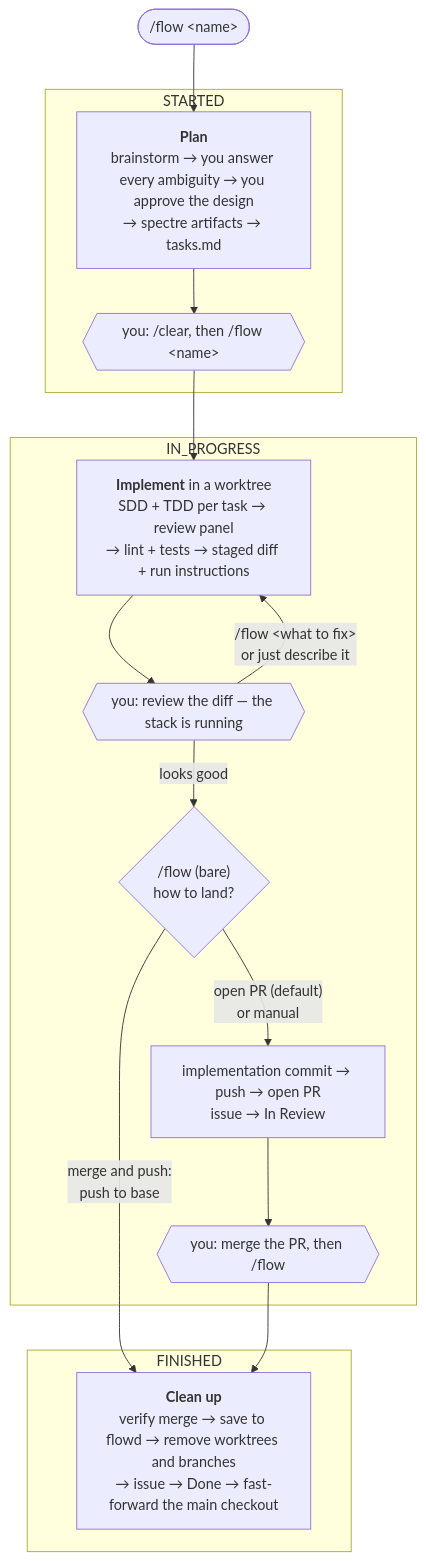
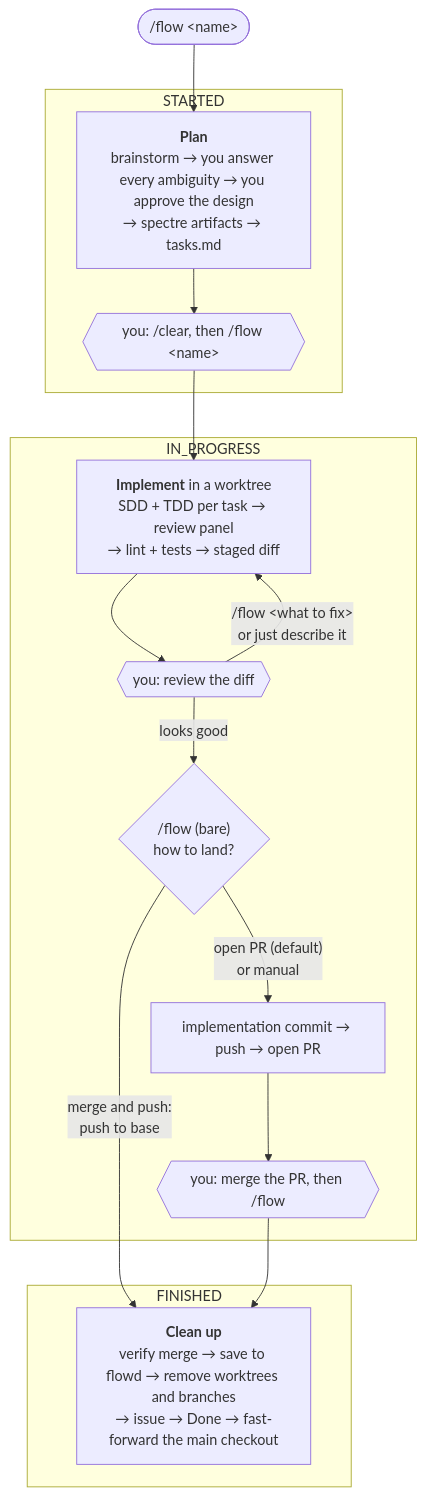
One commit to tweety53/agents changed the second of 2 diagrams in README.md. Above: the diagram before and after it, drawn with Mermaid. The commit also changed other lines of this file and 195 other files, not shown here.

First line of the commit message:
feat(flow): slim the /flow loop — one fix procedure, plan-check, post-land self-review, seven stage marks

````diff
--- a/README.md
+++ b/README.md
@@ -100,32 +101,32 @@
 ```mermaid
 flowchart TD
     kick(["/flow #lt;name#gt;"]) --> plan
 
     subgraph S1 ["STARTED"]
         plan["<b>Plan</b><br/>brainstorm → you answer every ambiguity → you approve the design<br/>→ spectre artifacts → tasks.md"]
         g1{{"you: /clear, then /flow #lt;name#gt;"}}
         plan --> g1
     end
 
     g1 --> impl
 
     subgraph S2 ["IN_PROGRESS"]
-        impl["<b>Implement</b> in a worktree<br/>SDD + TDD per task → review panel<br/>→ lint + tests → staged diff + run instructions"]
-        g2{{"you: review the diff — the stack is running"}}
+        impl["<b>Implement</b> in a worktree<br/>SDD + TDD per task → review panel<br/>→ lint + tests → staged diff"]
+        g2{{"you: review the diff"}}
         land{"/flow (bare)<br/>how to land?"}
-        pr["implementation commit → push → open PR<br/>issue → In Review"]
+        pr["implementation commit → push → open PR"]
         g3{{"you: merge the PR, then /flow"}}
         impl --> g2
         g2 -- "/flow #lt;what to fix#gt;<br/>or just describe it" --> impl
         g2 -- "looks good" --> land
         land -- "open PR (default)<br/>or manual" --> pr
         pr --> g3
     end
 
     subgraph S3 ["FINISHED"]
         cleanup["<b>Clean up</b><br/>verify merge → save to flowd → remove worktrees and branches<br/>→ issue → Done → fast-forward the main checkout"]
     end
 
     land -- "merge and push:<br/>push to base" --> cleanup
     g3 --> cleanup
 ```
````
